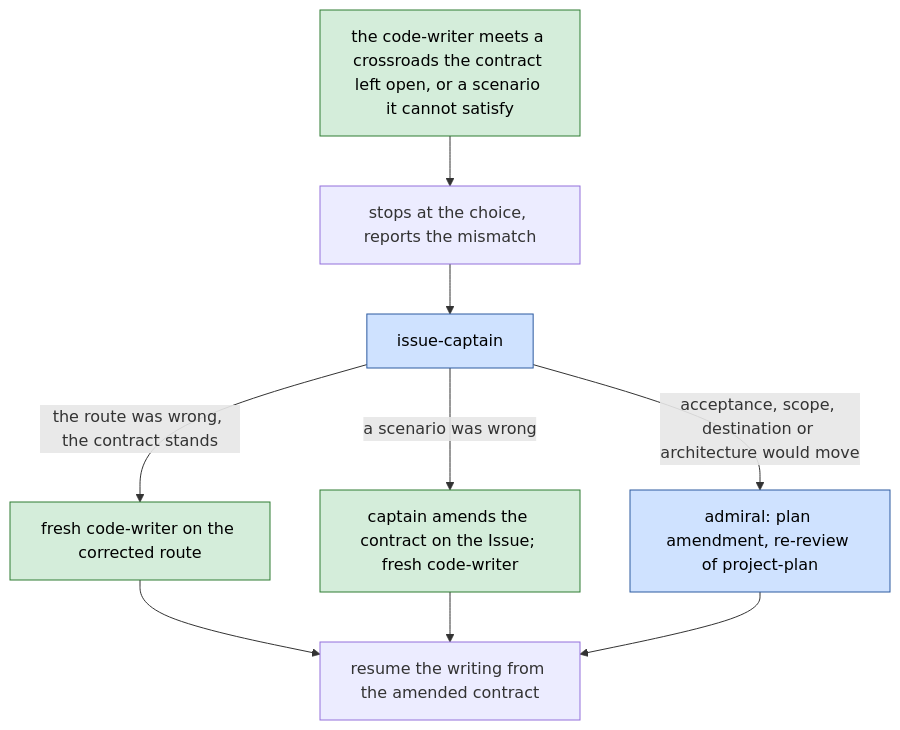
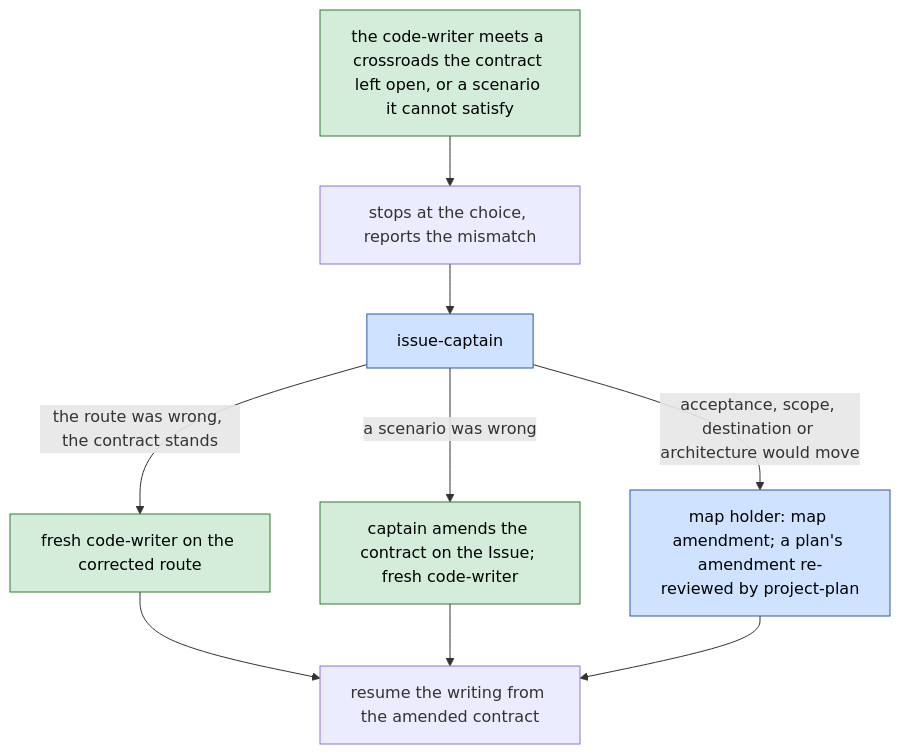
The seventh of 12 diagrams in dydo/understand/control-flow.md (bodnarbalazs/dydo), drawn with Mermaid before and after one commit. The commit also changed other lines of this file and 28 other files, not shown here.

````diff
--- a/dydo/understand/control-flow.md
+++ b/dydo/understand/control-flow.md
@@ -472,13 +483,13 @@
 ```mermaid
 flowchart TD
   classDef crew fill:#d4edda,stroke:#2e7d32,color:#000
   classDef officer fill:#cfe2ff,stroke:#2c5aa0,color:#000
   IM[the code-writer meets a crossroads the contract left open, or a scenario it cannot satisfy]:::crew --> ST[stops at the choice, reports the mismatch]
   ST --> IC[issue-captain]:::officer
   IC -->|the route was wrong, the contract stands| SP[fresh code-writer on the corrected route]:::crew
   IC -->|a scenario was wrong| SP2[captain amends the contract on the Issue; fresh code-writer]:::crew
-  IC -->|acceptance, scope, destination or architecture would move| AD[admiral: plan amendment, re-review of project-plan]:::officer
+  IC -->|acceptance, scope, destination or architecture would move| AD[map holder: map amendment; a plan's amendment re-reviewed by project-plan]:::officer
   SP --> RES[resume the writing from the amended contract]
   SP2 --> RES
   AD --> RES
 ```
````
